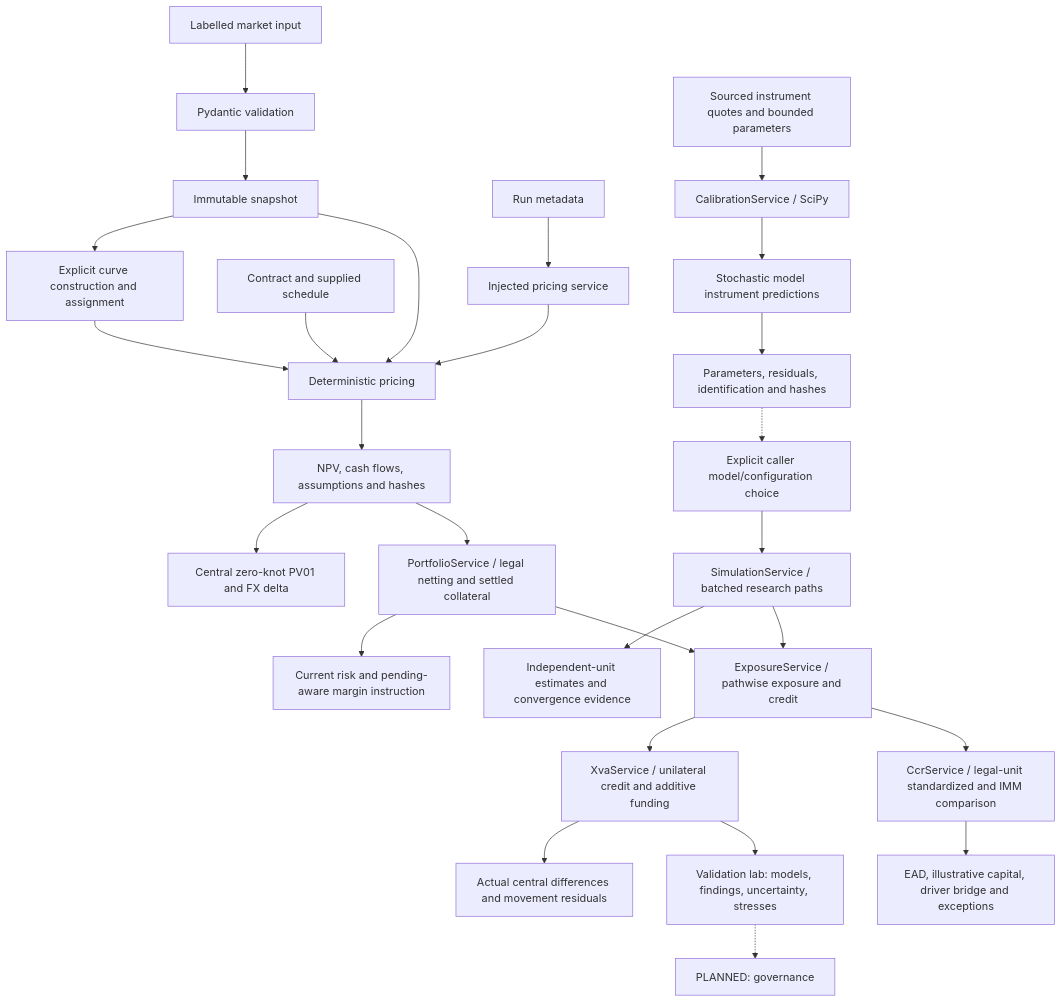
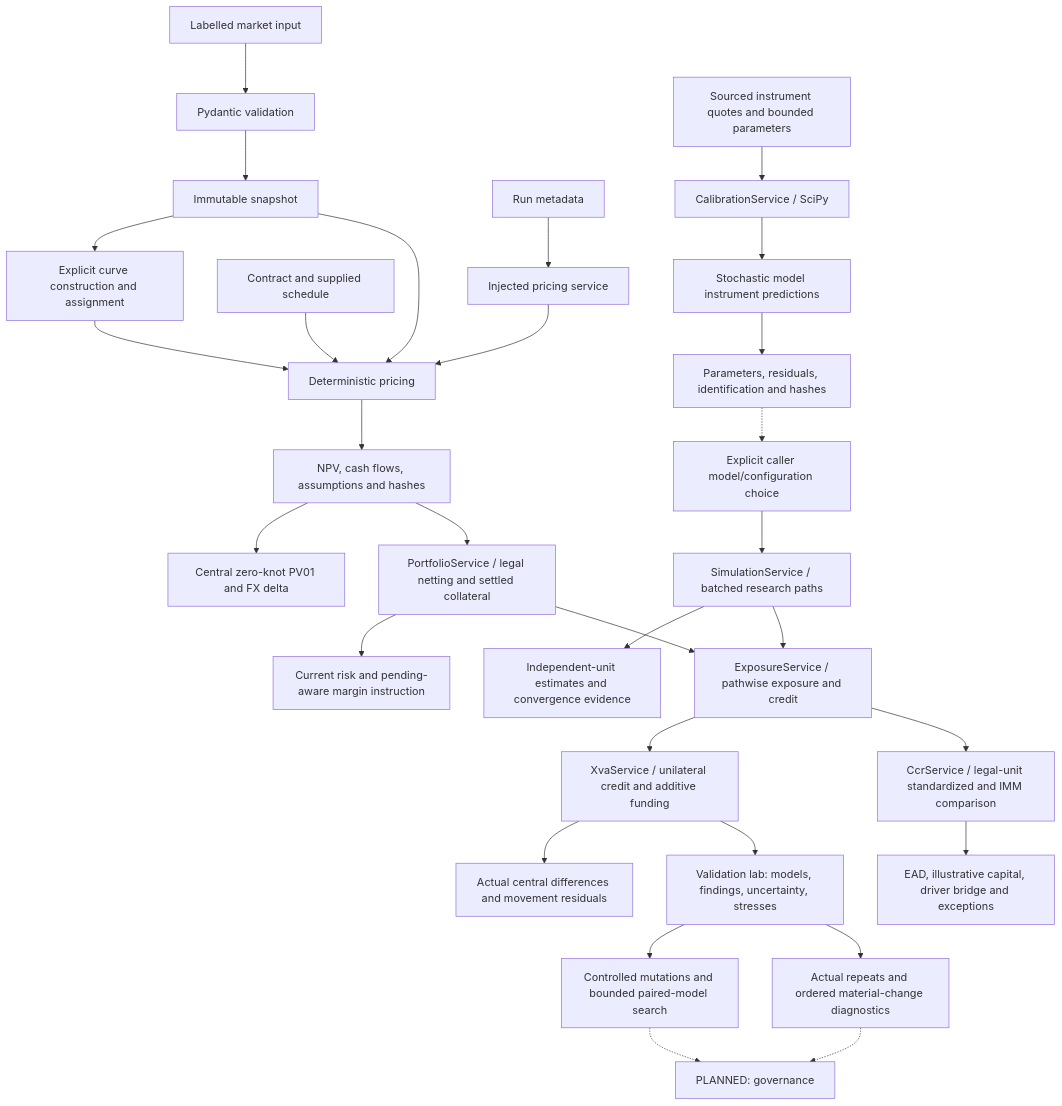
One commit to vaibhav7506/parallax-risk changed the diagram in docs/WORKFLOW.md. Above: the diagram before and after it, drawn with Mermaid. The commit also changed other lines of this file and 6 other files, not shown here.

Commit message:
docs: map validation architecture and workflows

````diff
--- a/docs/WORKFLOW.md
+++ b/docs/WORKFLOW.md
@@ -3,29 +3,32 @@
 ```mermaid
 flowchart TD
     JSON[Labelled market input] --> VALID[Pydantic validation]
     VALID --> SNAP[Immutable snapshot]
     SNAP --> CURVES[Explicit curve construction and assignment]
     CONTRACT[Contract and supplied schedule] --> PRICE[Deterministic pricing]
     SNAP --> PRICE
     CURVES --> PRICE
     RUN[Run metadata] --> SERVICE[Injected pricing service]
     SERVICE --> PRICE
     PRICE --> RESULT[NPV, cash flows, assumptions and hashes]
     RESULT --> RISK[Central zero-knot PV01 and FX delta]
     CALJSON[Sourced instrument quotes and bounded parameters] --> CAL[CalibrationService / SciPy]
     CAL --> MODELS[Stochastic model instrument predictions]
     MODELS --> FIT[Parameters, residuals, identification and hashes]
     FIT -.-> CONFIG[Explicit caller model/configuration choice]
     CONFIG --> MC[SimulationService / batched research paths]
     MC --> STATS[Independent-unit estimates and convergence evidence]
     RESULT --> BOOK[PortfolioService / legal netting and settled collateral]
     BOOK --> CURRENT[Current risk and pending-aware margin instruction]
     MC --> EXP[ExposureService / pathwise exposure and credit]
     BOOK --> EXP
     EXP --> XVA[XvaService / unilateral credit and additive funding]
     XVA --> XRISK[Actual central differences and movement residuals]
     EXP --> CCR[CcrService / legal-unit standardized and IMM comparison]
     CCR --> COMP[EAD, illustrative capital, driver bridge and exceptions]
     XVA --> LAB[Validation lab: models, findings, uncertainty, stresses]
-    LAB -.-> GOV[PLANNED: governance]
+    LAB --> ADV[Controlled mutations and bounded paired-model search]
+    LAB --> FORENSICS[Actual repeats and ordered material-change diagnostics]
+    ADV -.-> GOV[PLANNED: governance]
+    FORENSICS -.-> GOV
 ```
````
